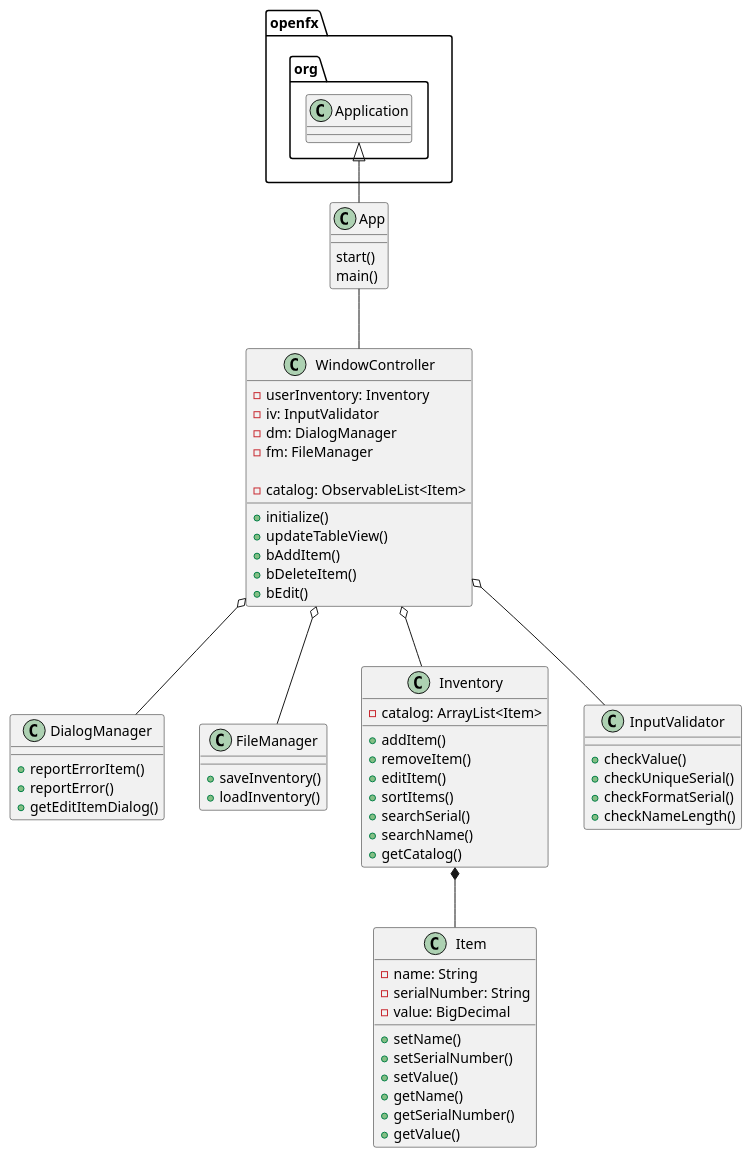
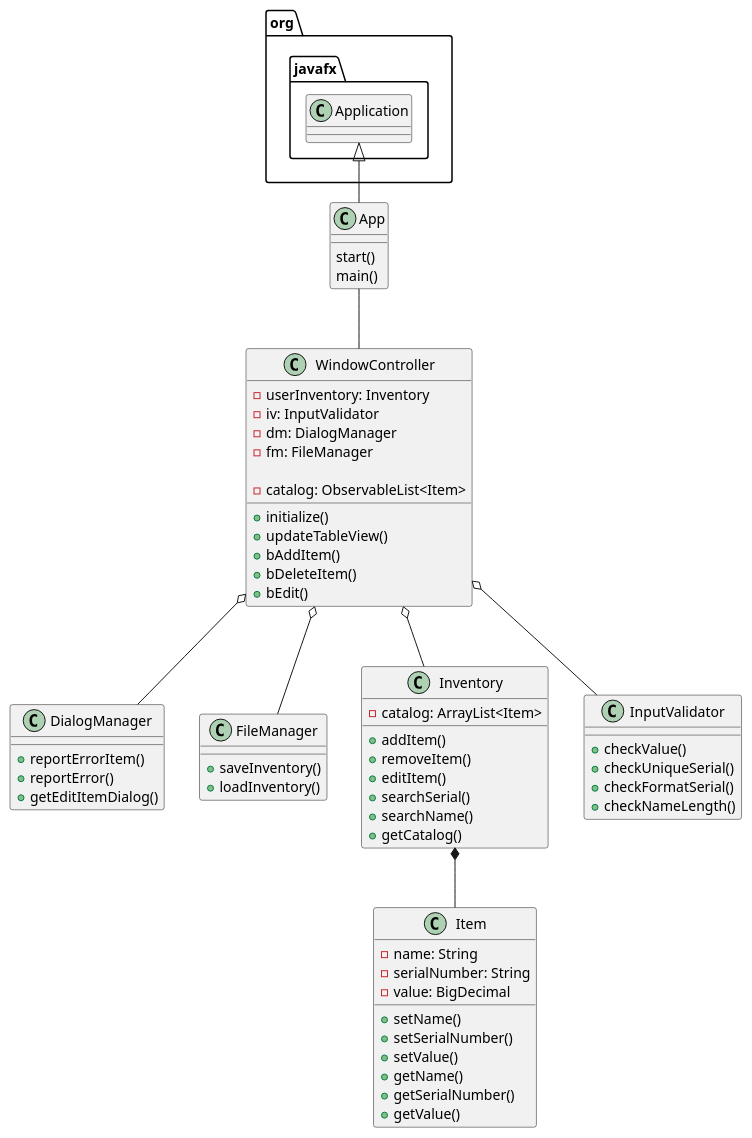
The diagram in uml/Inventory.puml (kingraham228/Ingraham-7945-a5), drawn with PlantUML before and after one commit. The commit also changed 2 other files, not shown here.

Commit message:
Clean up for integrated tableview sort.

```diff
--- a/uml/Inventory.puml
+++ b/uml/Inventory.puml
@@ -1,72 +1,71 @@
 @startuml
 class App{
 start()
 main()
 }
 
 class WindowController{
 - userInventory: Inventory
 - iv: InputValidator
 - dm: DialogManager
 - fm: FileManager
 
 - catalog: ObservableList<Item>
 
 +initialize()
 +updateTableView()
 +bAddItem()
 +bDeleteItem()
 +bEdit()
 }
 
 class DialogManager{
 +reportErrorItem()
 +reportError()
 +getEditItemDialog()
 }
 
 class FileManager{
 +saveInventory()
 +loadInventory()
 }
 
 class Inventory{
 - catalog: ArrayList<Item>
 
 +addItem()
 +removeItem()
 +editItem()
-+sortItems()
 +searchSerial()
 +searchName()
 +getCatalog()
 }
 
 class Item{
 -name: String
 -serialNumber: String
 -value: BigDecimal
 
 +setName()
 +setSerialNumber()
 +setValue()
 +getName()
 +getSerialNumber()
 +getValue()
 }
 
 class InputValidator{
 + checkValue()
 + checkUniqueSerial()
 + checkFormatSerial()
 + checkNameLength()
 }
 
-openfx.org.Application <|-- App
+org.javafx.Application <|-- App
 App -- WindowController
 WindowController o-- DialogManager
 WindowController o-- FileManager
 WindowController o-- Inventory
 Inventory *-- Item
 WindowController o-- InputValidator
 @enduml
```
